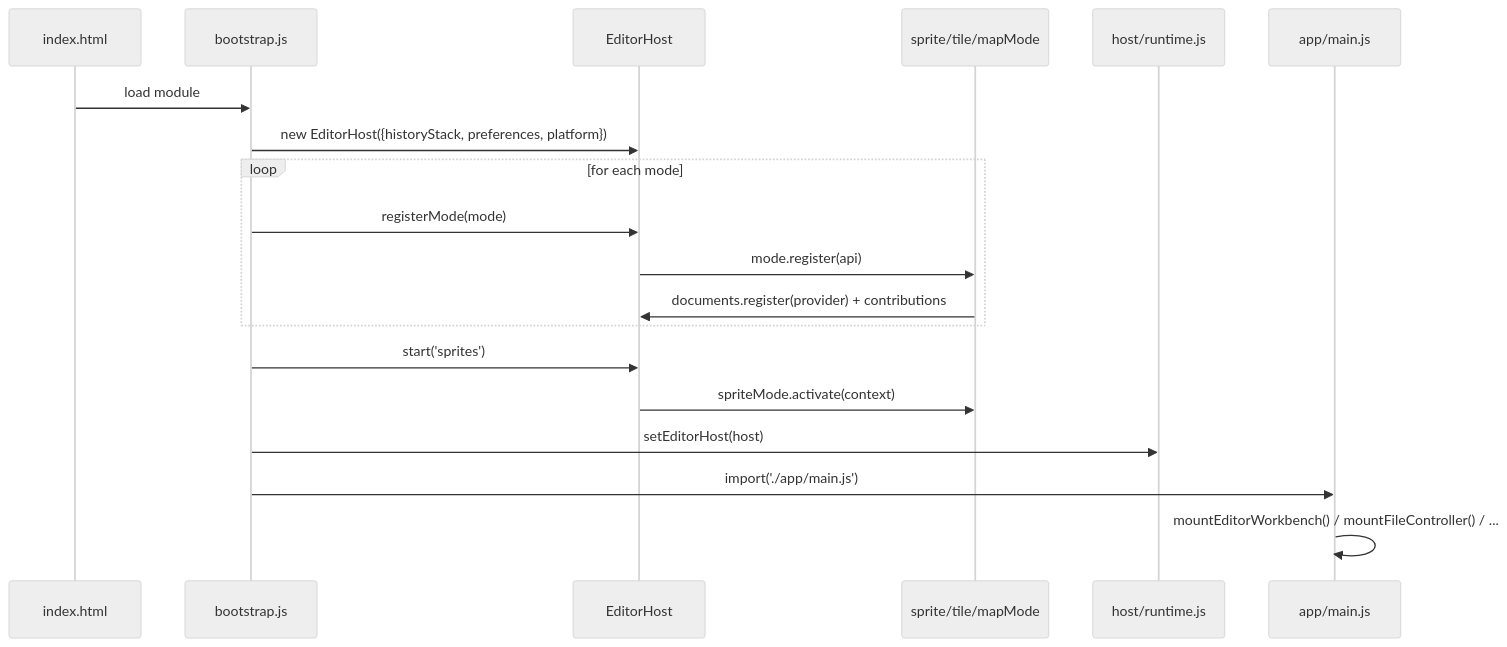
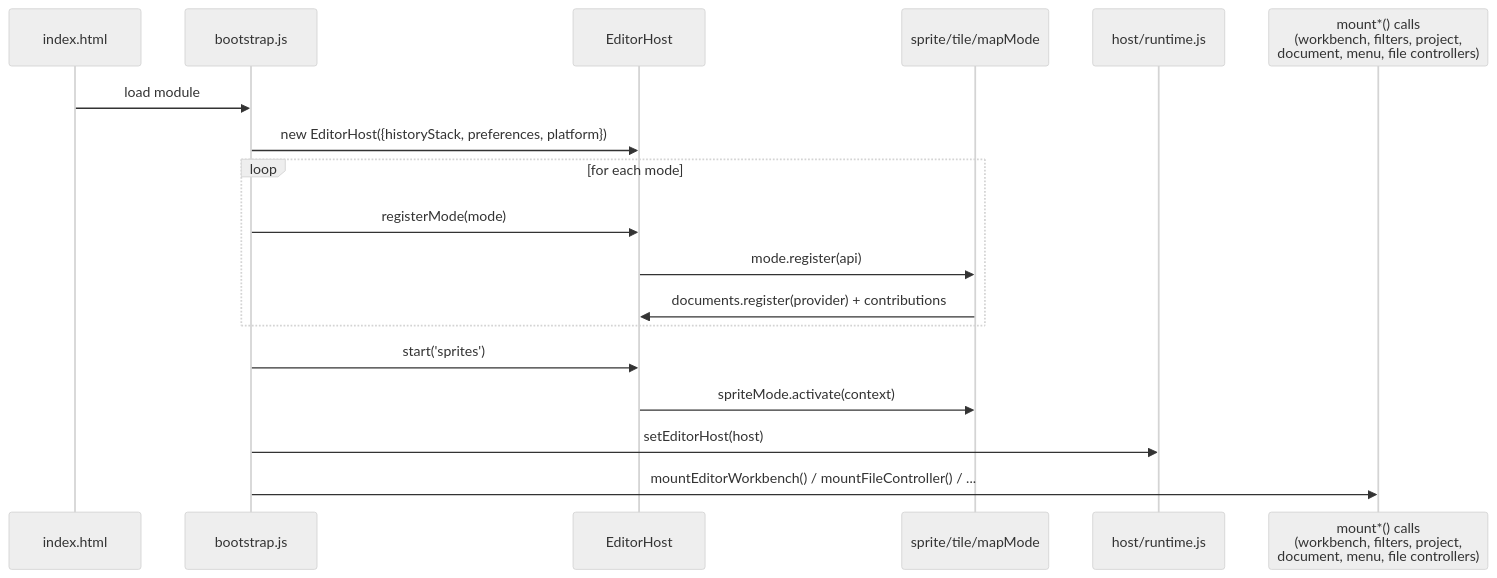
One commit to kiforsbe/pixelartist changed the second of 5 diagrams in docs/ARCHITECTURE.md. Above: the diagram before and after it, drawn with Mermaid (neutral theme). The commit also changed other lines of this file and 6 other files, not shown here.

````diff
--- a/docs/ARCHITECTURE.md
+++ b/docs/ARCHITECTURE.md
@@ -103,22 +121,21 @@
 ```mermaid
 sequenceDiagram
     participant HTML as index.html
     participant Boot as bootstrap.js
     participant Host as EditorHost
     participant Modes as sprite/tile/mapMode
     participant Runtime as host/runtime.js
-    participant Main as app/main.js
+    participant Mounts as mount*() calls<br/>(workbench, filters, project,<br/>document, menu, file controllers)
 
     HTML->>Boot: load module
     Boot->>Host: new EditorHost({historyStack, preferences, platform})
     loop for each mode
         Boot->>Host: registerMode(mode)
         Host->>Modes: mode.register(api)
         Modes->>Host: documents.register(provider) + contributions
     end
     Boot->>Host: start('sprites')
     Host->>Modes: spriteMode.activate(context)
     Boot->>Runtime: setEditorHost(host)
-    Boot->>Main: import('./app/main.js')
-    Main->>Main: mountEditorWorkbench() / mountFileController() / ...
+    Boot->>Mounts: mountEditorWorkbench() / mountFileController() / ...
 ```
````
